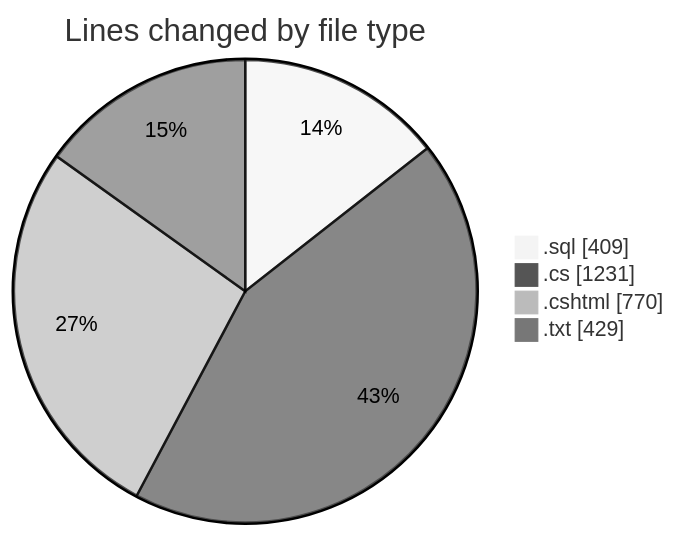
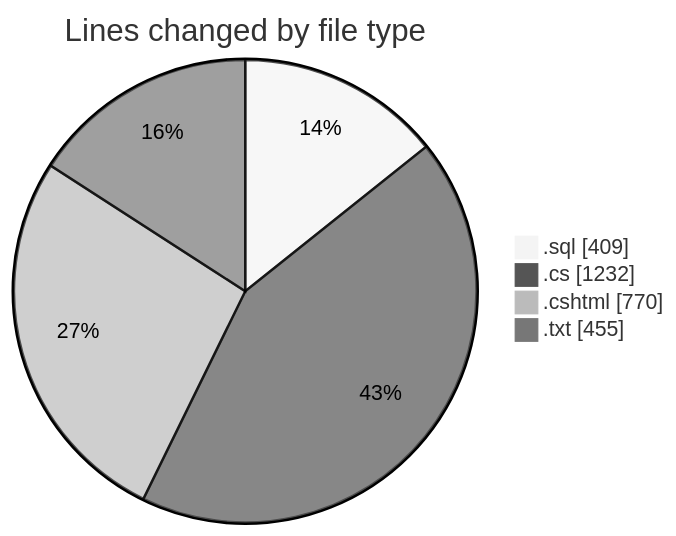
One commit to lephambinh05/code-tracking changed the first of 2 diagrams in 2025-07-23/quanlyrapchieuphim/README.md. Above: the diagram before and after it, drawn with Mermaid (neutral theme). The commit also changed other lines of this file and 1 other file, not shown here.

````diff
--- a/2025-07-23/quanlyrapchieuphim/README.md
+++ b/2025-07-23/quanlyrapchieuphim/README.md
@@ -27,8 +27,8 @@
 ```mermaid
 pie showData
 title Lines changed by file type
 ".sql" : 409
-".cs" : 1231
+".cs" : 1232
 ".cshtml" : 770
-".txt" : 429
+".txt" : 455
 ```
````
